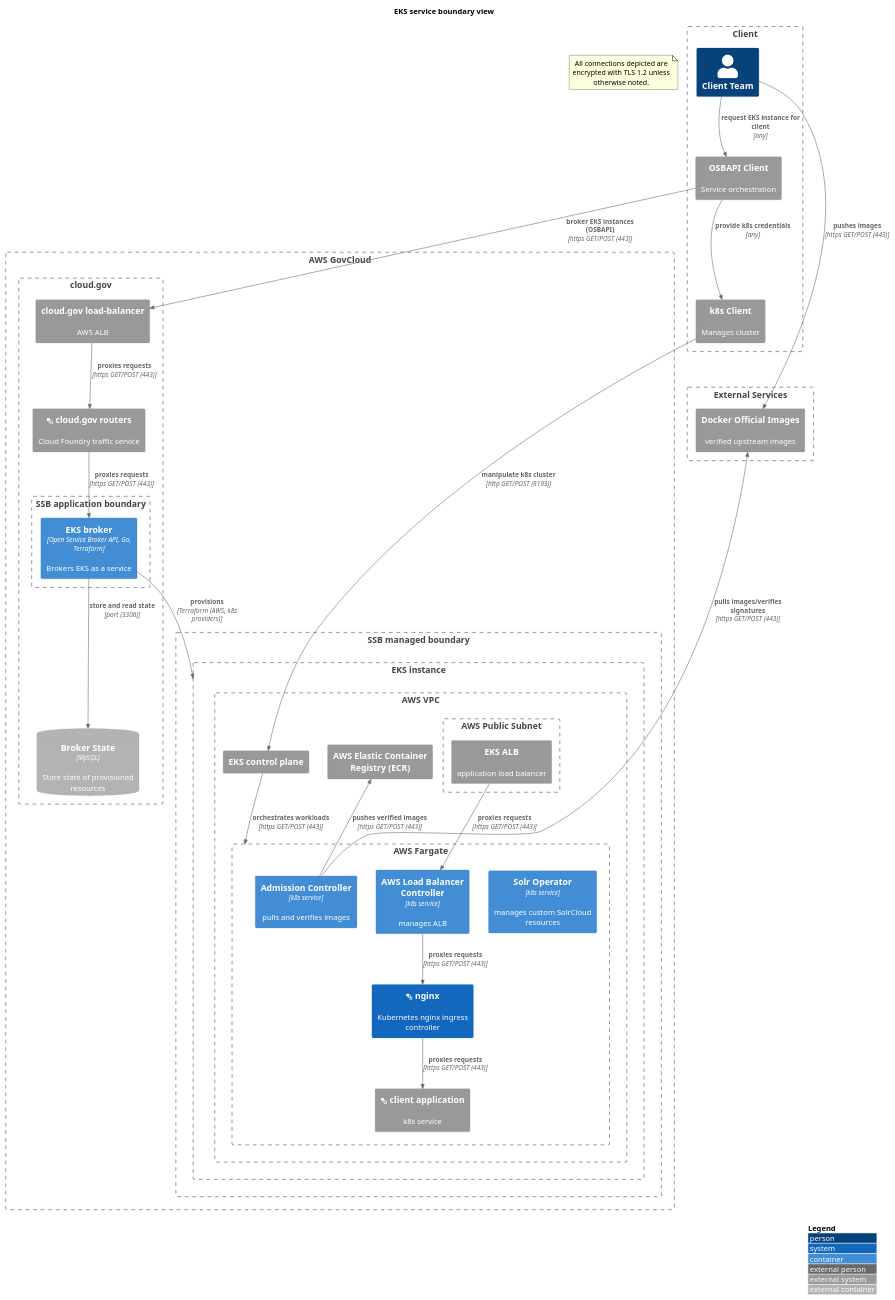
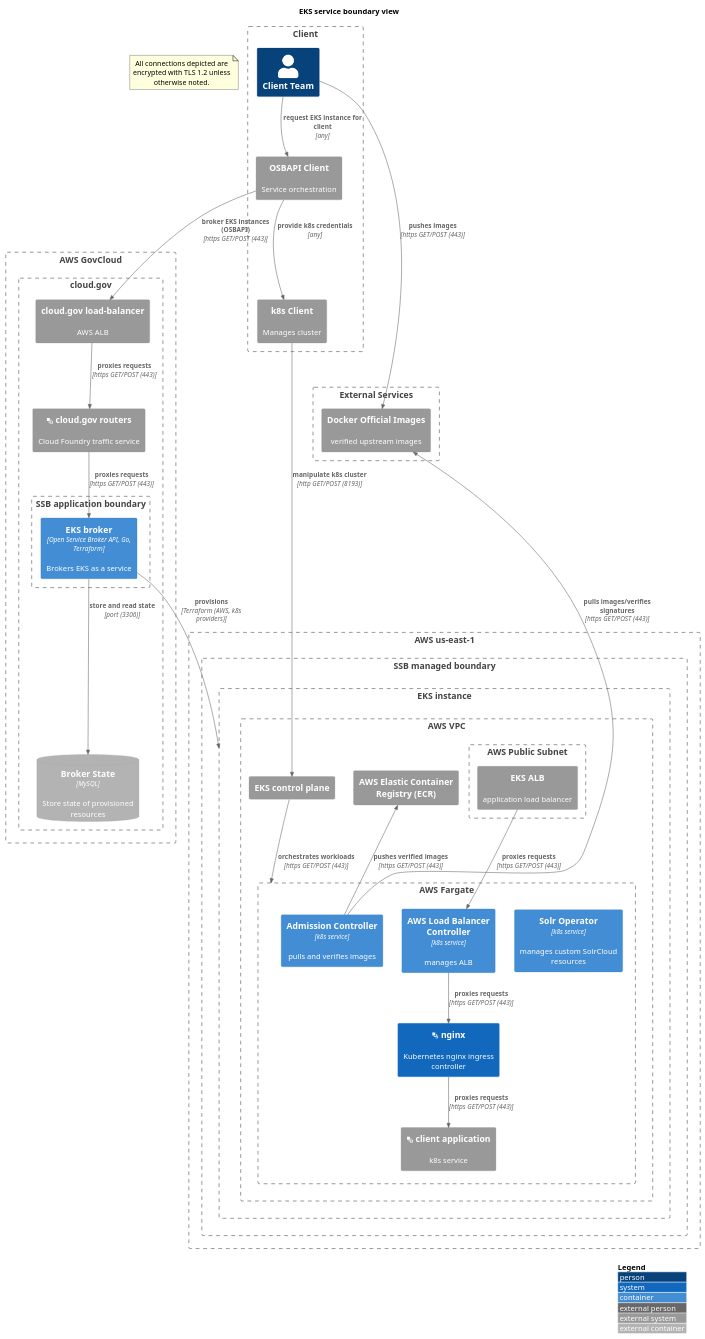
Before and after one commit to GSA/datagov-compliance: the second of 3 diagrams in ssb-service-scratchpad.md, drawn with PlantUML. The commit also changed other lines of this file and 6 other files, not shown here.

First line of the commit message:
Put the SSB managed boundary in AWS us-east-1 explicitly

````diff
--- a/ssb-service-scratchpad.md
+++ b/ssb-service-scratchpad.md
@@ -27,68 +27,69 @@
 ```plantuml
 @startuml
 !include https://raw.githubusercontent.com/plantuml-stdlib/C4-PlantUML/master/C4_Container.puml
 ' uncomment the following line and comment the first to use locally
 ' !include C4_Container.puml
 LAYOUT_WITH_LEGEND()
 title EKS service boundary view
 Boundary(client, "Client") {
   Person(client_team, "Client Team")
   System_Ext(osbapi_client, "OSBAPI Client", "Service orchestration")
   System_Ext(k8s_client, "k8s Client", "Manages cluster")
   Rel(osbapi_client, k8s_client, "provide k8s credentials", "any")
   Rel(client_team, osbapi_client, "request EKS instance for client", "any")
 }
 Boundary(external_services, "External Services") {
   System_Ext(docker_official_images, "Docker Official Images", "verified upstream images")
 }
 note as EncryptionNote
   All connections depicted are encrypted with TLS 1.2 unless otherwise noted.
 end note
-
-Boundary(aws, "AWS GovCloud") {
-    Boundary(iaas, "SSB managed boundary") {
-      Boundary(eks_instance, "EKS instance") {
-        Boundary(vpc, "AWS VPC") {
-          System_Ext(aws_eks, "EKS control plane")
-          System_Ext(aws_ecr, "AWS Elastic Container Registry (ECR)")
-          Boundary(aws_fargate, "AWS Fargate") {
-            Container(solr_operator, "Solr Operator", "k8s service", "manages custom SolrCloud resources")
-            Container(admission_controller, "Admission Controller", "k8s service", "pulls and verifies images")
-            Container(alb_ingress, "AWS Load Balancer Controller", "k8s service", "manages ALB")
-            System(sys_eks_nginx_ingress, "<&layers> nginx", "Kubernetes nginx ingress controller")
-            System_Ext(client_app, "<&layers> client application", "k8s service")    
-          }
-          Boundary(aws_public_subnet, "AWS Public Subnet") {
-            System_Ext(aws_eks_alb, "EKS ALB", "application load balancer")
-          }
+Boundary(aws_east, "AWS us-east-1") {
+  Boundary(iaas, "SSB managed boundary") {
+    Boundary(eks_instance, "EKS instance") {
+      Boundary(vpc, "AWS VPC") {
+        System_Ext(aws_eks, "EKS control plane")
+        System_Ext(aws_ecr, "AWS Elastic Container Registry (ECR)")
+        Boundary(aws_fargate, "AWS Fargate") {
+          Container(solr_operator, "Solr Operator", "k8s service", "manages custom SolrCloud resources")
+          Container(admission_controller, "Admission Controller", "k8s service", "pulls and verifies images")
+          Container(alb_ingress, "AWS Load Balancer Controller", "k8s service", "manages ALB")
+          System(sys_eks_nginx_ingress, "<&layers> nginx", "Kubernetes nginx ingress controller")
+          System_Ext(client_app, "<&layers> client application", "k8s service")    
+        }
+        Boundary(aws_public_subnet, "AWS Public Subnet") {
+          System_Ext(aws_eks_alb, "EKS ALB", "application load balancer")
         }
       }
     }
-    Boundary(cloudgov, "cloud.gov") {
-        System_Ext(aws_cg_alb, "cloud.gov load-balancer", "AWS ALB")
-        System_Ext(cloudgov_router, "<&layers> cloud.gov routers", "Cloud Foundry traffic service")
-	Boundary(atob, "SSB application boundary") {
-	  Container(eks_app, "EKS broker", "Open Service Broker API, Go, Terraform", "Brokers EKS as a service")
-        }
+  }
+}
+Boundary(aws_govcloud, "AWS GovCloud") {
+  Boundary(cloudgov, "cloud.gov") {
+      System_Ext(aws_cg_alb, "cloud.gov load-balancer", "AWS ALB")
+      System_Ext(cloudgov_router, "<&layers> cloud.gov routers", "Cloud Foundry traffic service")
+      Boundary(atob, "SSB application boundary") {
+        Container(eks_app, "EKS broker", "Open Service Broker API, Go, Terraform", "Brokers EKS as a service")
+      }
 	ContainerDb_Ext(eks_app_db, "Broker State", "MySQL", "Store state of provisioned resources")
     }
 }
 Rel(eks_app, eks_instance, "provisions", "Terraform (AWS, k8s providers)")
 Rel(osbapi_client, aws_cg_alb, "broker EKS instances (OSBAPI)", "https GET/POST (443)")
 Rel(aws_cg_alb, cloudgov_router, "proxies requests", "https GET/POST (443)")
 Rel(cloudgov_router, eks_app, "proxies requests", "https GET/POST (443)")
 Rel(eks_app, eks_app_db, "store and read state", "port (3306)")
 Rel(k8s_client, aws_eks, "manipulate k8s cluster", "http GET/POST (8193)")
 Rel(aws_eks_alb, alb_ingress, "proxies requests", "https GET/POST (443)")
 Rel(alb_ingress, sys_eks_nginx_ingress, "proxies requests", "https GET/POST (443)")
 Rel(sys_eks_nginx_ingress, client_app, "proxies requests", "https GET/POST (443)")
 Rel(aws_eks, aws_fargate, "orchestrates workloads", "https GET/POST (443)")
 Rel_Up(admission_controller, docker_official_images, "pulls images/verifies signatures", "https GET/POST (443)")
 Rel(client_team, docker_official_images, "pushes images", "https GET/POST (443)")
 Rel_Up(admission_controller, aws_ecr, "pushes verified images", "https GET/POST (443)")
 
 ' The following hidden line constrains the "External Services" boundary below the "Client" boundary, narrowing the 
 ' diagram
 k8s_client -[hidden]- docker_official_images
 @enduml
 ```
````
